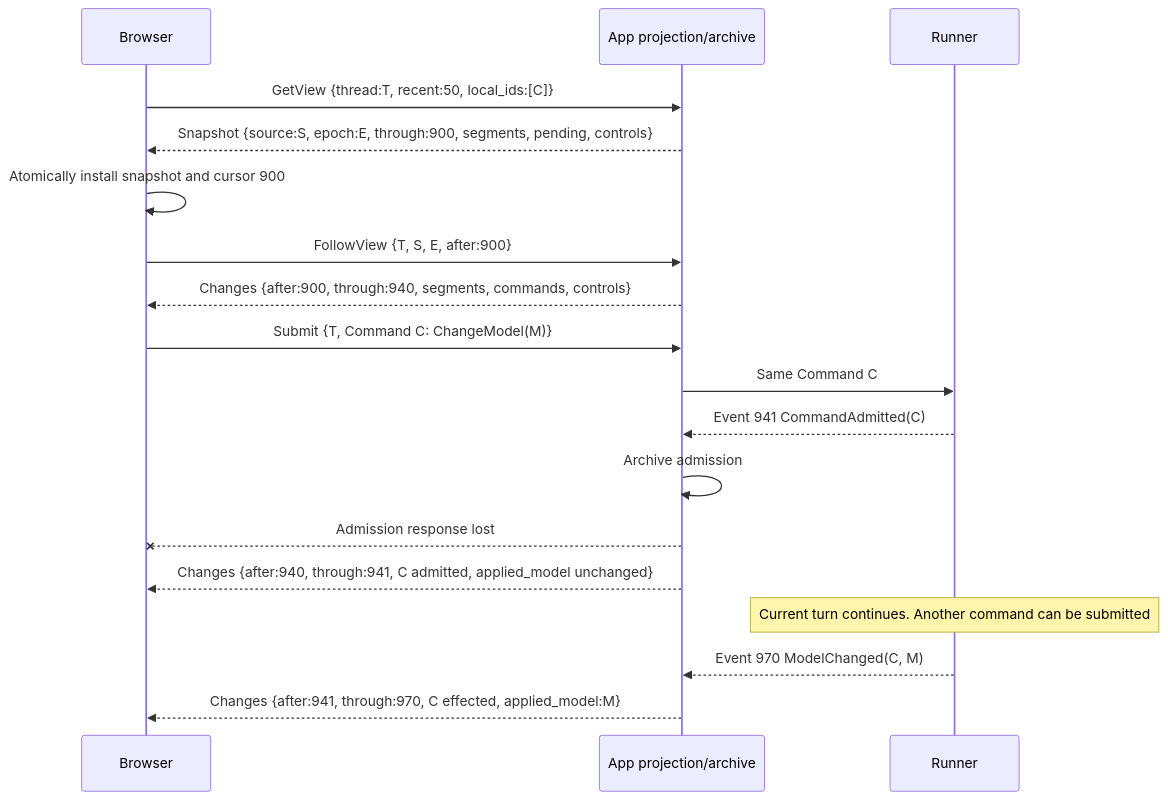
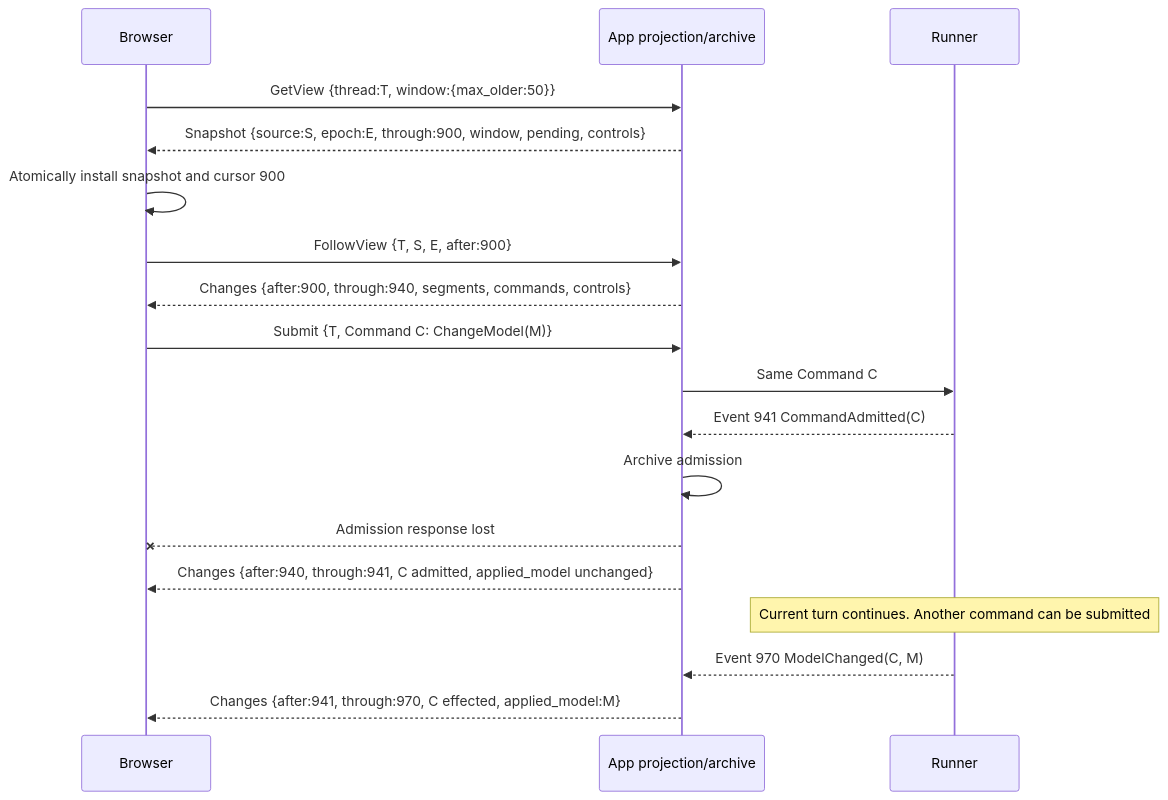
One commit to agentydragon/ducktape changed the first of 3 diagrams in agentplane/docs/thread_view_sync.md. Above: the diagram before and after it, drawn with Mermaid. The commit also changed other lines of this file, not shown here.

````diff
--- a/agentplane/docs/thread_view_sync.md
+++ b/agentplane/docs/thread_view_sync.md
@@ -419,20 +337,20 @@
 ```mermaid
 sequenceDiagram
     participant F as Browser
     participant A as App projection/archive
     participant R as Runner
-    F->>A: GetView {thread:T, recent:50, local_ids:[C]}
-    A-->>F: Snapshot {source:S, epoch:E, through:900, segments, pending, controls}
+    F->>A: GetView {thread:T, window:{max_older:50}}
+    A-->>F: Snapshot {source:S, epoch:E, through:900, window, pending, controls}
     F->>F: Atomically install snapshot and cursor 900
     F->>A: FollowView {T, S, E, after:900}
     A-->>F: Changes {after:900, through:940, segments, commands, controls}
     F->>A: Submit {T, Command C: ChangeModel(M)}
     A->>R: Same Command C
     R-->>A: Event 941 CommandAdmitted(C)
     A->>A: Archive admission
     A--xF: Admission response lost
     A-->>F: Changes {after:940, through:941, C admitted, applied_model unchanged}
     Note over R: Current turn continues. Another command can be submitted
     R-->>A: Event 970 ModelChanged(C, M)
     A-->>F: Changes {after:941, through:970, C effected, applied_model:M}
 ```
````
